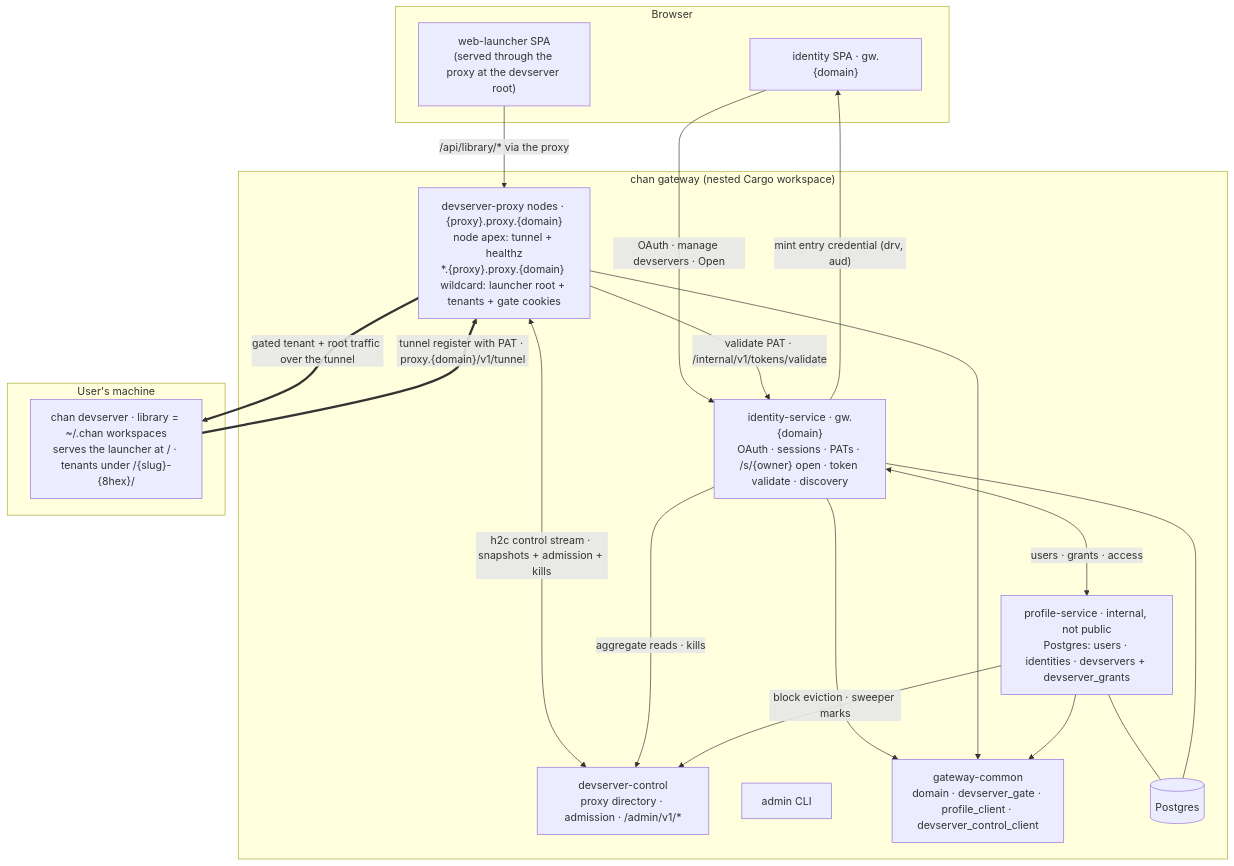
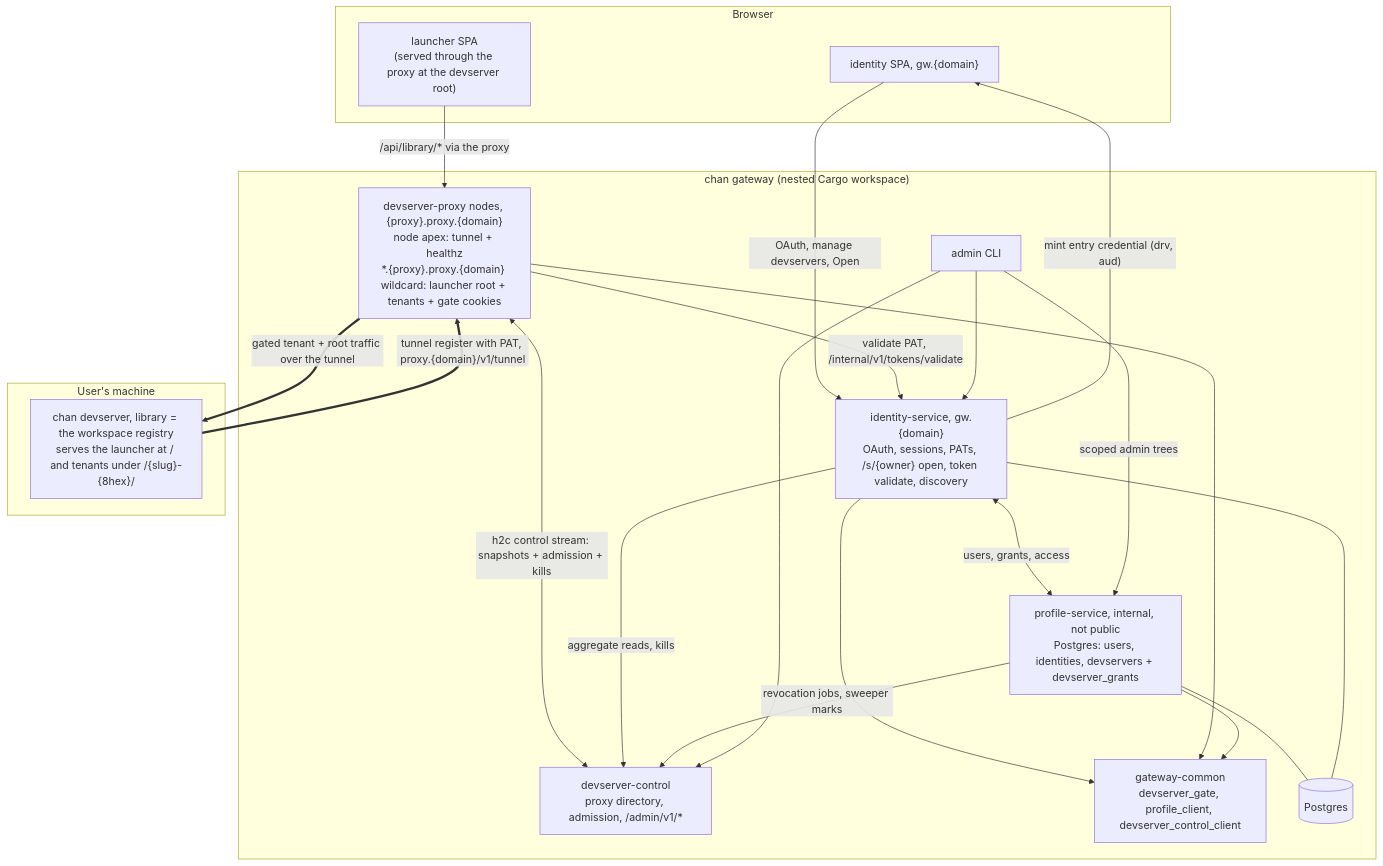
One commit to fiorix/chan changed the diagram in .agents/gateway.md. Above: the diagram before and after it, drawn with Mermaid. The commit also changed other lines of this file and 19 other files, not shown here.

````diff
--- a/.agents/gateway.md
+++ b/.agents/gateway.md
@@ -15,37 +15,40 @@
 ```mermaid
 flowchart TB
     subgraph browser["Browser"]
-        IDSPA["identity SPA · gw.{domain}"]
-        LAUNCH["web-launcher SPA<br/>(served through the proxy at the devserver root)"]
+        IDSPA["identity SPA, gw.{domain}"]
+        LAUNCH["launcher SPA<br/>(served through the proxy at the devserver root)"]
     end
 
     subgraph gw["chan gateway (nested Cargo workspace)"]
-        ID["identity-service · gw.{domain}<br/>OAuth · sessions · PATs · /s/{owner} open · token validate · discovery"]
-        PROXY["devserver-proxy nodes · {proxy}.proxy.{domain}<br/>node apex: tunnel + healthz<br/>*.{proxy}.proxy.{domain} wildcard: launcher root + tenants + gate cookies"]
-        CTL["devserver-control<br/>proxy directory · admission · /admin/v1/*"]
-        PROFILE["profile-service · internal, not public<br/>Postgres: users · identities · devservers + devserver_grants"]
+        ID["identity-service, gw.{domain}<br/>OAuth, sessions, PATs, /s/{owner} open, token validate, discovery"]
+        PROXY["devserver-proxy nodes, {proxy}.proxy.{domain}<br/>node apex: tunnel + healthz<br/>*.{proxy}.proxy.{domain} wildcard: launcher root + tenants + gate cookies"]
+        CTL["devserver-control<br/>proxy directory, admission, /admin/v1/*"]
+        PROFILE["profile-service, internal, not public<br/>Postgres: users, identities, devservers + devserver_grants"]
         ADMIN["admin CLI"]
-        COMMON["gateway-common<br/>domain · devserver_gate · profile_client · devserver_control_client"]
+        COMMON["gateway-common<br/>devserver_gate, profile_client, devserver_control_client"]
         PG[("Postgres")]
     end
 
     subgraph box["User's machine"]
-        DS["chan devserver · library = ~/.chan workspaces<br/>serves the launcher at / · tenants under /{slug}-{8hex}/"]
+        DS["chan devserver, library = the workspace registry<br/>serves the launcher at / and tenants under /{slug}-{8hex}/"]
     end
 
-    IDSPA -->|OAuth · manage devservers · Open| ID
+    IDSPA -->|"OAuth, manage devservers, Open"| ID
     ID -->|"mint entry credential (drv, aud)"| IDSPA
-    ID <-->|users · grants · access| PROFILE
+    ID <-->|"users, grants, access"| PROFILE
     PROFILE --- PG
     ID --- PG
-    PROXY -->|validate PAT · /internal/v1/tokens/validate| ID
-    PROXY <-->|h2c control stream · snapshots + admission + kills| CTL
-    ID -->|aggregate reads · kills| CTL
-    PROFILE -->|block eviction · sweeper marks| CTL
-    DS ==>|"tunnel register with PAT · proxy.{domain}/v1/tunnel"| PROXY
-    PROXY ==>|gated tenant + root traffic over the tunnel| DS
-    LAUNCH -->|/api/library/* via the proxy| PROXY
+    PROXY -->|"validate PAT, /internal/v1/tokens/validate"| ID
+    PROXY <-->|"h2c control stream: snapshots + admission + kills"| CTL
+    ID -->|"aggregate reads, kills"| CTL
+    PROFILE -->|"revocation jobs, sweeper marks"| CTL
+    ADMIN -->|"scoped admin trees"| PROFILE
+    ADMIN --> ID
+    ADMIN --> CTL
+    DS ==>|"tunnel register with PAT, proxy.{domain}/v1/tunnel"| PROXY
+    PROXY ==>|"gated tenant + root traffic over the tunnel"| DS
+    LAUNCH -->|"/api/library/* via the proxy"| PROXY
     ID --> COMMON
     PROXY --> COMMON
     PROFILE --> COMMON
 ```
````
